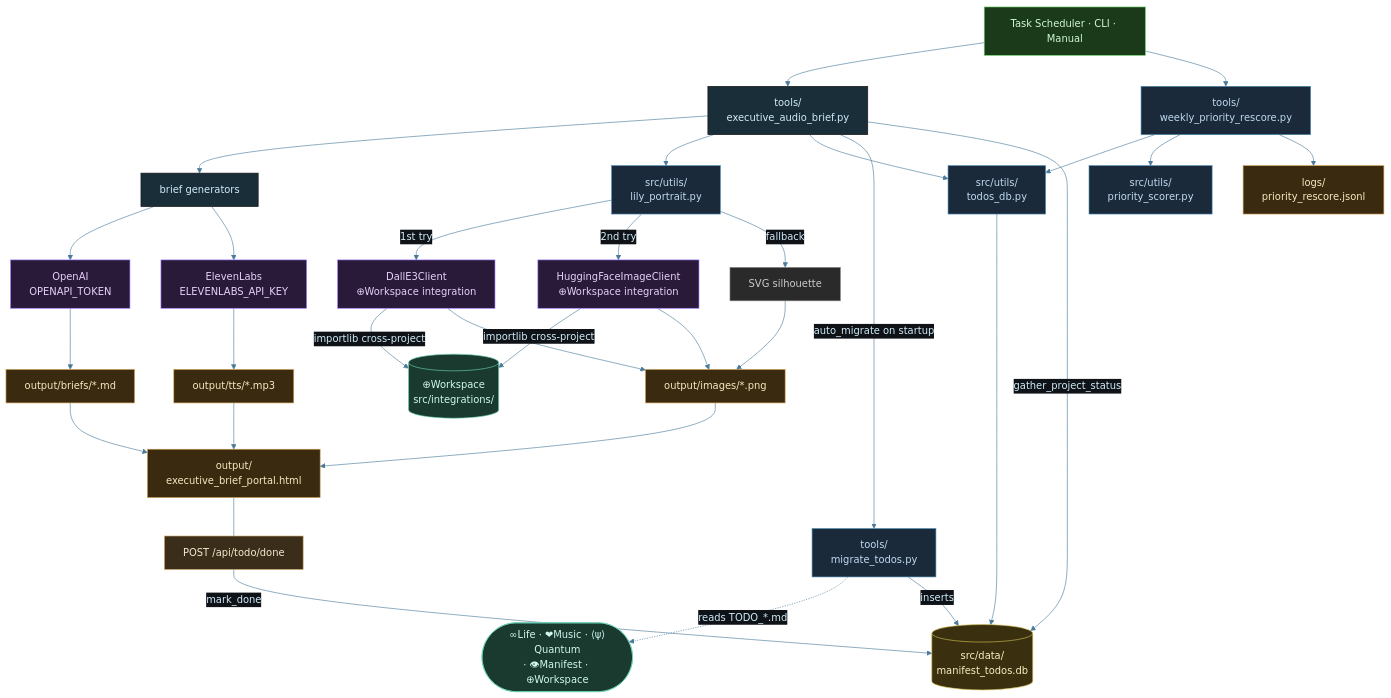
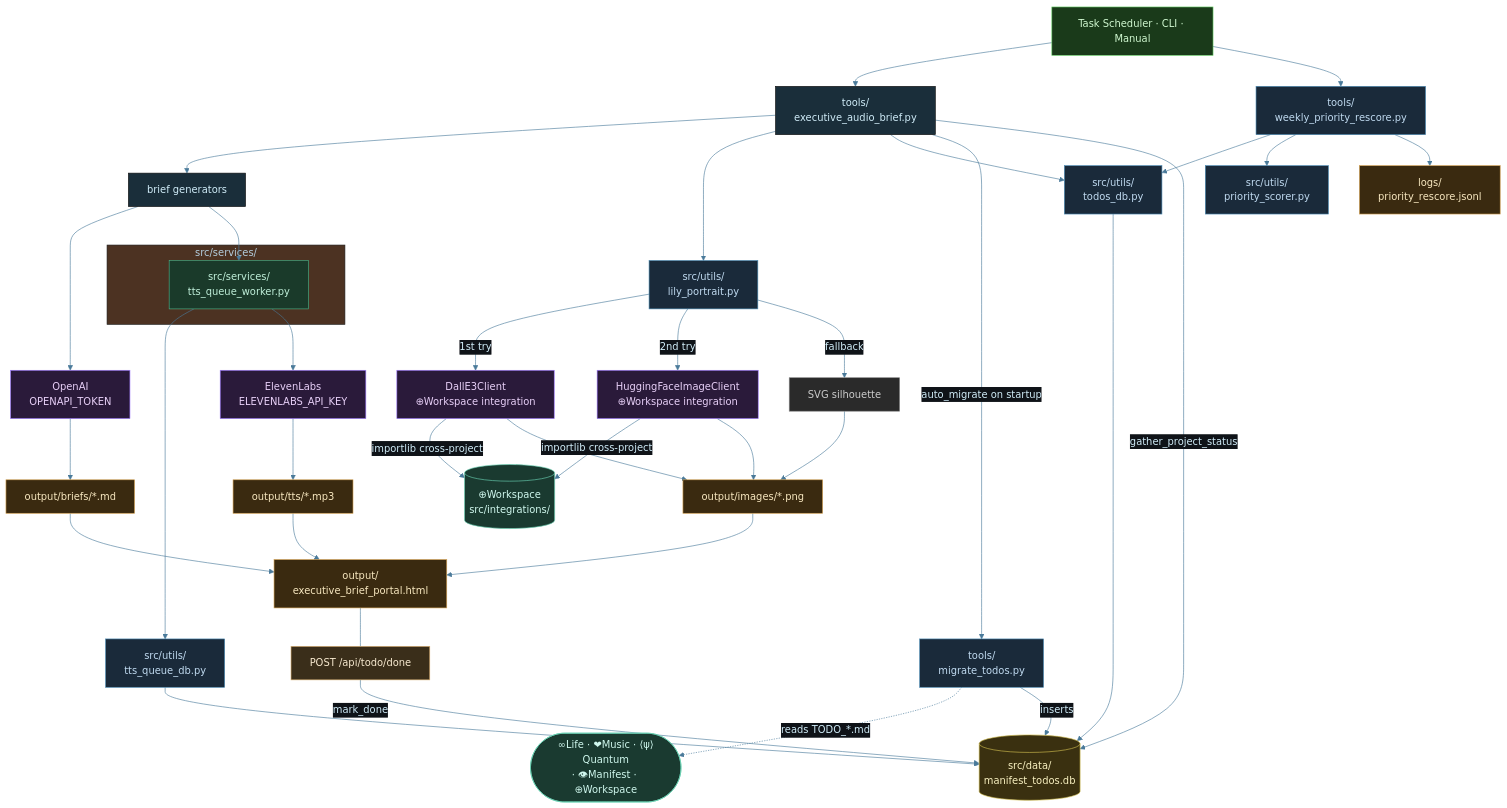
The diagram in diagrams/manifest-architecture.mmd (tylerdrakemusic/-Workspace), drawn with Mermaid before and after one commit. The commit also changed 1 other file, not shown here.

Commit message:
docs(diagrams): update manifest-architecture and manifest-db-schema for tts_queue [FR-20260524-tts-batch-queue]

```diff
--- a/diagrams/manifest-architecture.mmd
+++ b/diagrams/manifest-architecture.mmd
@@ -1,70 +1,82 @@
 %%{init: {'theme': 'base', 'themeVariables': {'primaryColor': '#1a2e3a', 'primaryTextColor': '#d0ecf8', 'edgeLabelBackground': '#0f1318', 'lineColor': '#4a7a9a'}}}%%
 graph TB
     Triggers[Task Scheduler · CLI · Manual] --> Tools[tools/<br/>executive_audio_brief.py]
     Tools --> Briefs[brief generators]
     Tools --> LilyPortrait[src/utils/<br/>lily_portrait.py]
     Briefs --> OpenAI[OpenAI<br/>OPENAPI_TOKEN]
-    Briefs --> ElevenLabs[ElevenLabs<br/>ELEVENLABS_API_KEY]
+    Briefs --> TtsQueueWorker
     LilyPortrait -->|1st try| DallE3[DallE3Client<br/>⊕Workspace integration]
     LilyPortrait -->|2nd try| HFImage[HuggingFaceImageClient<br/>⊕Workspace integration]
     LilyPortrait -->|fallback| SVGFallback[SVG silhouette]
     DallE3 -->|importlib cross-project| WSIntegrations[(⊕Workspace<br/>src/integrations/)]
     HFImage -->|importlib cross-project| WSIntegrations
     DallE3 --> ImagesOut[output/images/*.png]
     HFImage --> ImagesOut
     SVGFallback --> ImagesOut
     ImagesOut --> Portal[output/<br/>executive_brief_portal.html]
     OpenAI --> TextOut[output/briefs/*.md]
     ElevenLabs --> AudioOut[output/tts/*.mp3]
     TextOut --> Portal
     AudioOut --> Portal
     %% PR#12 – todos DB
     TodosUtil[src/utils/<br/>todos_db.py]
     TodosDB[(src/data/<br/>manifest_todos.db)]
     MigrateScript[tools/<br/>migrate_todos.py]
     AllProjects([∞Life · ❤Music · ⟨ψ⟩Quantum<br/>· 👁Manifest · ⊕Workspace])
     TodoDoneAPI[POST /api/todo/done]
     Tools --> TodosUtil
     TodosUtil --> TodosDB
     MigrateScript -.->|reads TODO_*.md| AllProjects
     MigrateScript -->|inserts| TodosDB
     Tools -->|auto_migrate on startup| MigrateScript
     Tools -->|gather_project_status| TodosDB
     Portal --- TodoDoneAPI
     TodoDoneAPI -->|mark_done| TodosDB
     %% FR-20260524 – priority auto-rescorer
     RescorerTool[tools/<br/>weekly_priority_rescore.py]
     PriorityScorer[src/utils/<br/>priority_scorer.py]
     RescorerLog[logs/<br/>priority_rescore.jsonl]
     Triggers --> RescorerTool
     RescorerTool --> TodosUtil
     RescorerTool --> PriorityScorer
     RescorerTool --> RescorerLog
+    %% FR-20260524-tts-batch-queue – TTS queue worker & queue DB
+    subgraph ServicesLayer[src/services/]
+        TtsQueueWorker[src/services/<br/>tts_queue_worker.py]
+    end
+    TtsQueueDB[src/utils/<br/>tts_queue_db.py]
+    TtsQueueWorker --> TtsQueueDB
+    TtsQueueWorker --> ElevenLabs[ElevenLabs<br/>ELEVENLABS_API_KEY]
+    TtsQueueDB --> TodosDB
     class TodosDB db
     class TodosUtil,MigrateScript util
     class AllProjects ws
     class TodoDoneAPI manifest
     class Triggers trig
     class OpenAI,ElevenLabs,DallE3,HFImage api
     class TextOut,AudioOut,Portal,ImagesOut out
     class WSIntegrations ws
     class LilyPortrait util
     class SVGFallback fallback
     class RescorerTool util
     class PriorityScorer util
     class RescorerLog out
+    %% FR-20260524-tts-batch-queue – TTS queue worker & queue DB
+    class TtsQueueDB util
+    class TtsQueueWorker service
 
 classDef life     fill:#1a2e3a,stroke:#6ab4d4,color:#d0ecf8
 classDef music    fill:#3a1a24,stroke:#d47a8f,color:#f8d0dc
 classDef quantum  fill:#251a3a,stroke:#a07adf,color:#e8d0f8
 classDef manifest fill:#3a2e1a,stroke:#d4a96a,color:#f8ead0
 classDef ws       fill:#1a3a30,stroke:#6ad4b4,color:#d0f8ee
 classDef tyler    fill:#2a1a3a,stroke:#9e4aff,color:#fff
 classDef ext      fill:#3a2020,stroke:#ff7a7a,color:#ffd0d0
 classDef db       fill:#3a3010,stroke:#d4c050,color:#f8f0c0
 classDef state    fill:#1a1a1a,stroke:#888888,color:#cccccc
 classDef api      fill:#2a1a3a,stroke:#9e7aff,color:#e8d0f8
 classDef trig     fill:#1a3a1a,stroke:#6ad46a,color:#d0f8d0
 classDef out      fill:#3a2a10,stroke:#d4a050,color:#f8e8c0
 classDef util     fill:#1a2a3a,stroke:#4a8ab4,color:#c0daf0
 classDef fallback fill:#2a2a2a,stroke:#888888,color:#cccccc
+classDef service  fill:#1a3a2a,stroke:#4ab48a,color:#c0f0da
```
